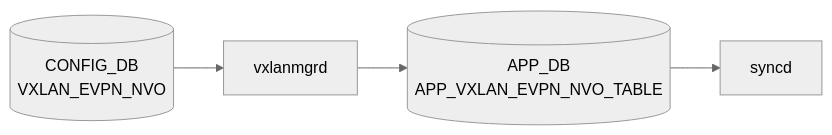
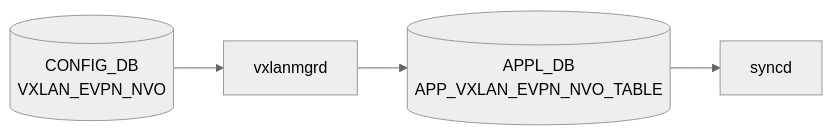
One commit to aoki-taquan/sonic-unofficial-docs changed the diagram in docs/reference/config-db/vxlan-evpn-nvo.md. Above: the diagram before and after it, drawn with Mermaid (neutral theme). The commit also changed 91 other files, not shown here.

First line of the commit message:
fix(review-067): APP_DB→APPL_DB in mermaid labels; exclude APPL_DB pages from auto-gen

````diff
--- a/docs/reference/config-db/vxlan-evpn-nvo.md
+++ b/docs/reference/config-db/vxlan-evpn-nvo.md
@@ -32,10 +32,10 @@
 ```mermaid
 flowchart LR
   CDB[("CONFIG_DB<br/>VXLAN_EVPN_NVO")]
   DM["vxlanmgrd"]
   CDB --> DM
-  APPDB[("APP_DB<br/>APP_VXLAN_EVPN_NVO_TABLE")]
+  APPDB[("APPL_DB<br/>APP_VXLAN_EVPN_NVO_TABLE")]
   DM --> APPDB
   SYNCD["syncd"]
   APPDB --> SYNCD
 ```
````
